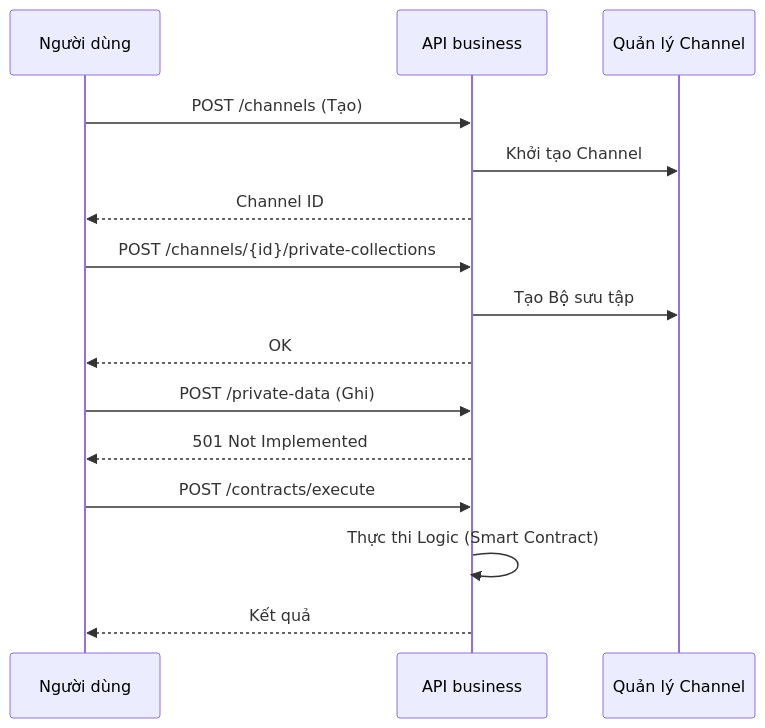
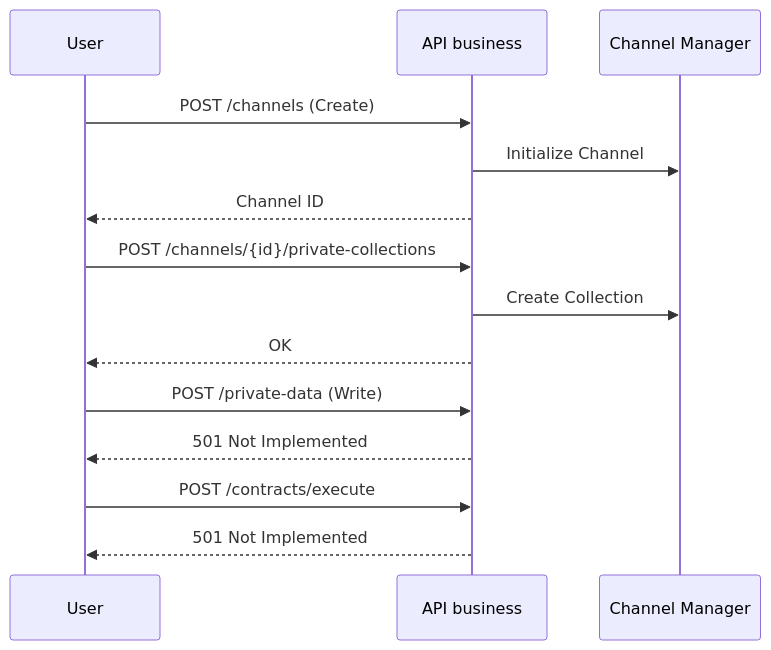
The diagram in docs/vi/reference/api-business.md (VanDung-dev/HieraChain), drawn with Mermaid before and after one commit. The commit also changed other lines of this file and 158 other files, not shown here.

````diff
--- a/docs/vi/reference/api-business.md
+++ b/docs/vi/reference/api-business.md
@@ -19,21 +19,20 @@
 ```mermaid
 sequenceDiagram
-    participant User as Người dùng
+    participant User
     participant API as API business
-    participant Channel as Quản lý Channel
+    participant Channel as Channel Manager
 
-    User->>API: POST /channels (Tạo)
-    API->>Channel: Khởi tạo Channel
+    User->>API: POST /channels (Create)
+    API->>Channel: Initialize Channel
     API-->>User: Channel ID
 
     User->>API: POST /channels/{id}/private-collections
-    API->>Channel: Tạo Bộ sưu tập
+    API->>Channel: Create Collection
     API-->>User: OK
 
-    User->>API: POST /private-data (Ghi)
+    User->>API: POST /private-data (Write)
     API-->>User: 501 Not Implemented
 
     User->>API: POST /contracts/execute
-    API->>API: Thực thi Logic (Smart Contract)
-    API-->>User: Kết quả
+    API-->>User: 501 Not Implemented
 ```
````
